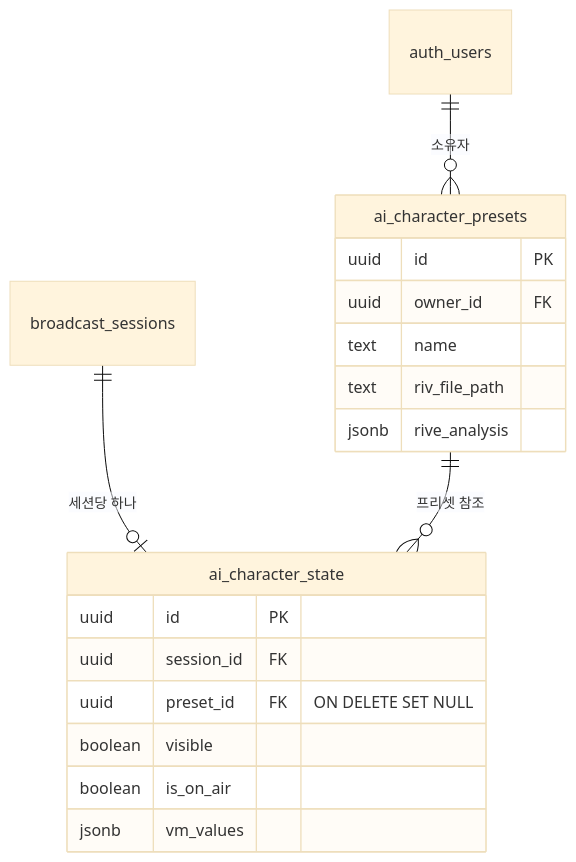
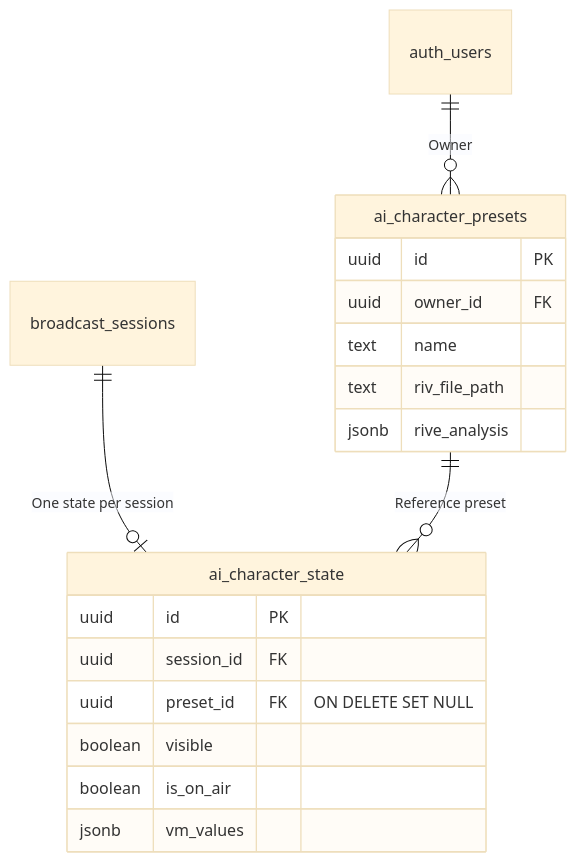
One commit to gkisanet/webcg-k changed the second of 4 diagrams in webcg-k/docs/guide/AI_CHARACTER_SYSTEM.md. Above: the diagram before and after it, drawn with Mermaid (base theme). The commit also changed other lines of this file and 39 other files, not shown here.

````diff
--- a/webcg-k/docs/guide/AI_CHARACTER_SYSTEM.md
+++ b/webcg-k/docs/guide/AI_CHARACTER_SYSTEM.md
@@ -171,23 +170,23 @@
 ```mermaid
 erDiagram
-    broadcast_sessions ||--o| ai_character_state : "세션당 하나"
-    ai_character_presets ||--o{ ai_character_state : "프리셋 참조"
-    auth_users ||--o{ ai_character_presets : "소유자"
+    broadcast_sessions ||--o| ai_character_state : "One state per session"
+    ai_character_presets ||--o{ ai_character_state : "Reference preset"
+    auth_users ||--o{ ai_character_presets : "Owner"
 
     ai_character_presets {
         uuid id PK
         uuid owner_id FK
         text name
         text riv_file_path
         jsonb rive_analysis
     }
 
     ai_character_state {
         uuid id PK
         uuid session_id FK
         uuid preset_id FK "ON DELETE SET NULL"
         boolean visible
         boolean is_on_air
         jsonb vm_values
     }
 ```
````
